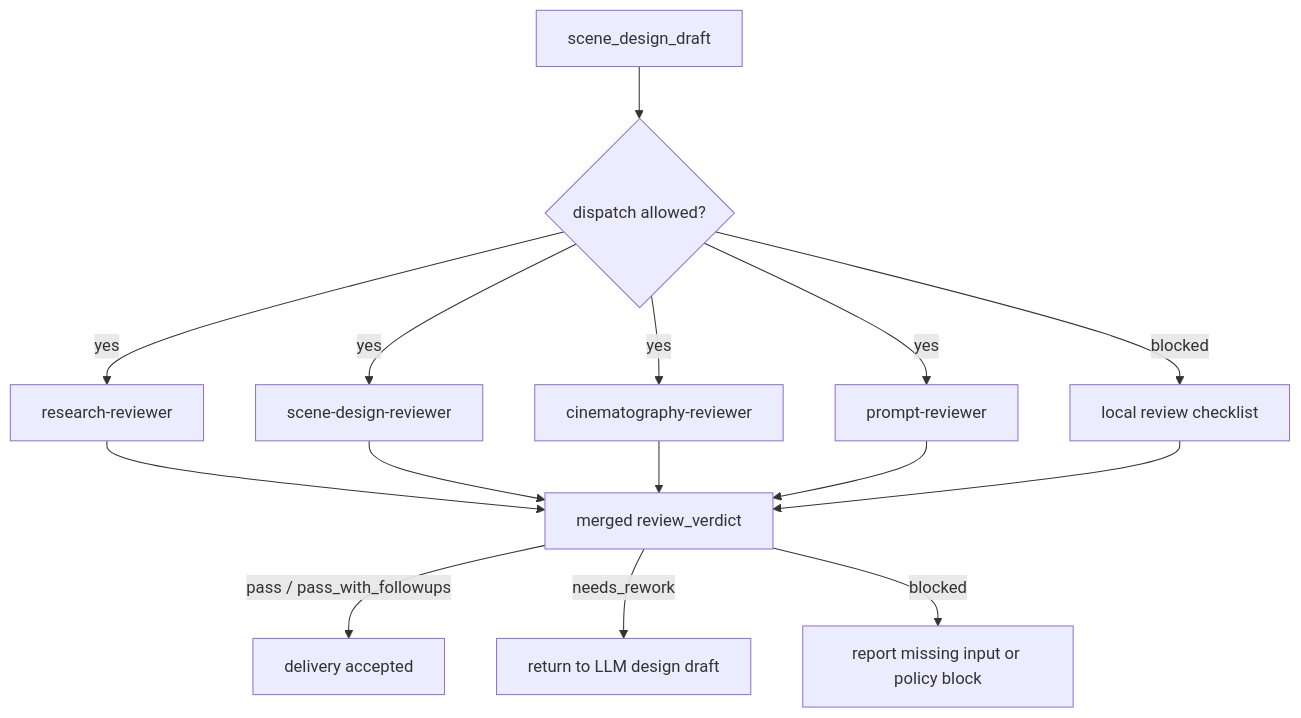
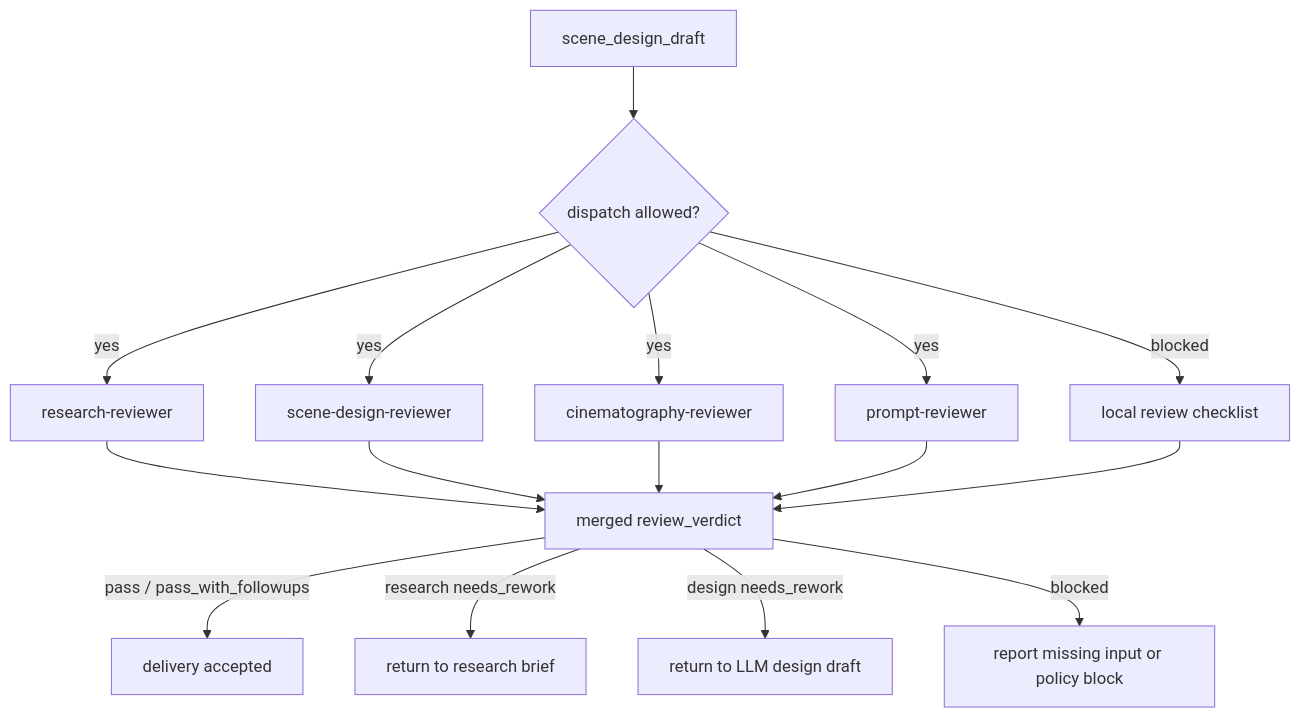
The diagram in .agents/skills/aigc/5-设计/场景/2-设计/review/review-contract.md (ZEN-VOID/AI-CUT), drawn with Mermaid before and after one commit. The commit also changed other lines of this file and 526 other files, not shown here.

````diff
--- a/.agents/skills/aigc/5-设计/场景/2-设计/review/review-contract.md
+++ b/.agents/skills/aigc/5-设计/场景/2-设计/review/review-contract.md
@@ -25,17 +25,18 @@
 ```mermaid
 flowchart TD
     A["scene_design_draft"] --> B{"dispatch allowed?"}
     B -->|"yes"| C["research-reviewer"]
     B -->|"yes"| D["scene-design-reviewer"]
     B -->|"yes"| E["cinematography-reviewer"]
     B -->|"yes"| F["prompt-reviewer"]
     B -->|"blocked"| G["local review checklist"]
     C --> H["merged review_verdict"]
     D --> H
     E --> H
     F --> H
     G --> H
     H -->|"pass / pass_with_followups"| I["delivery accepted"]
-    H -->|"needs_rework"| J["return to LLM design draft"]
+    H -->|"research needs_rework"| J["return to research brief"]
+    H -->|"design needs_rework"| L["return to LLM design draft"]
     H -->|"blocked"| K["report missing input or policy block"]
 ```
````
